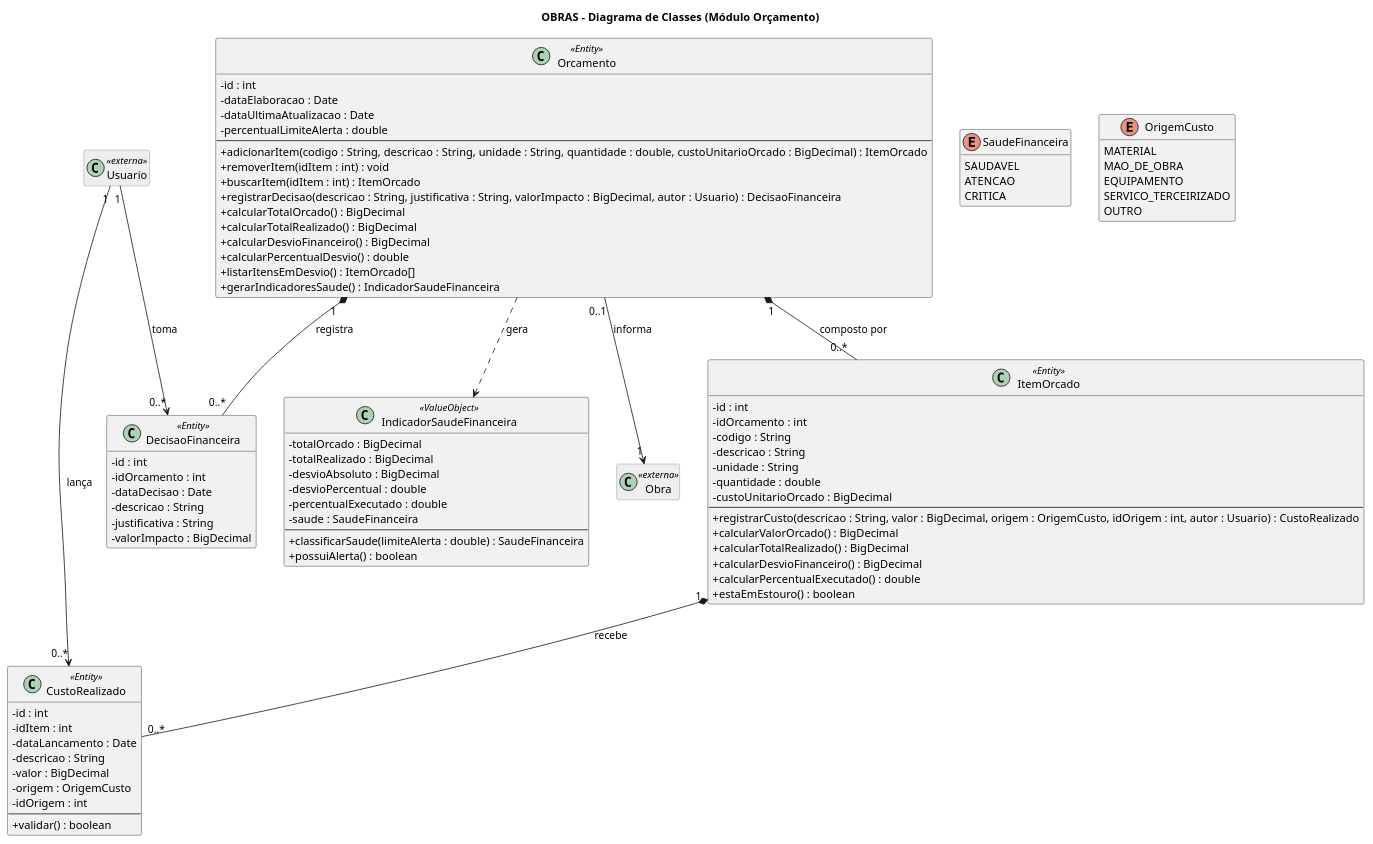
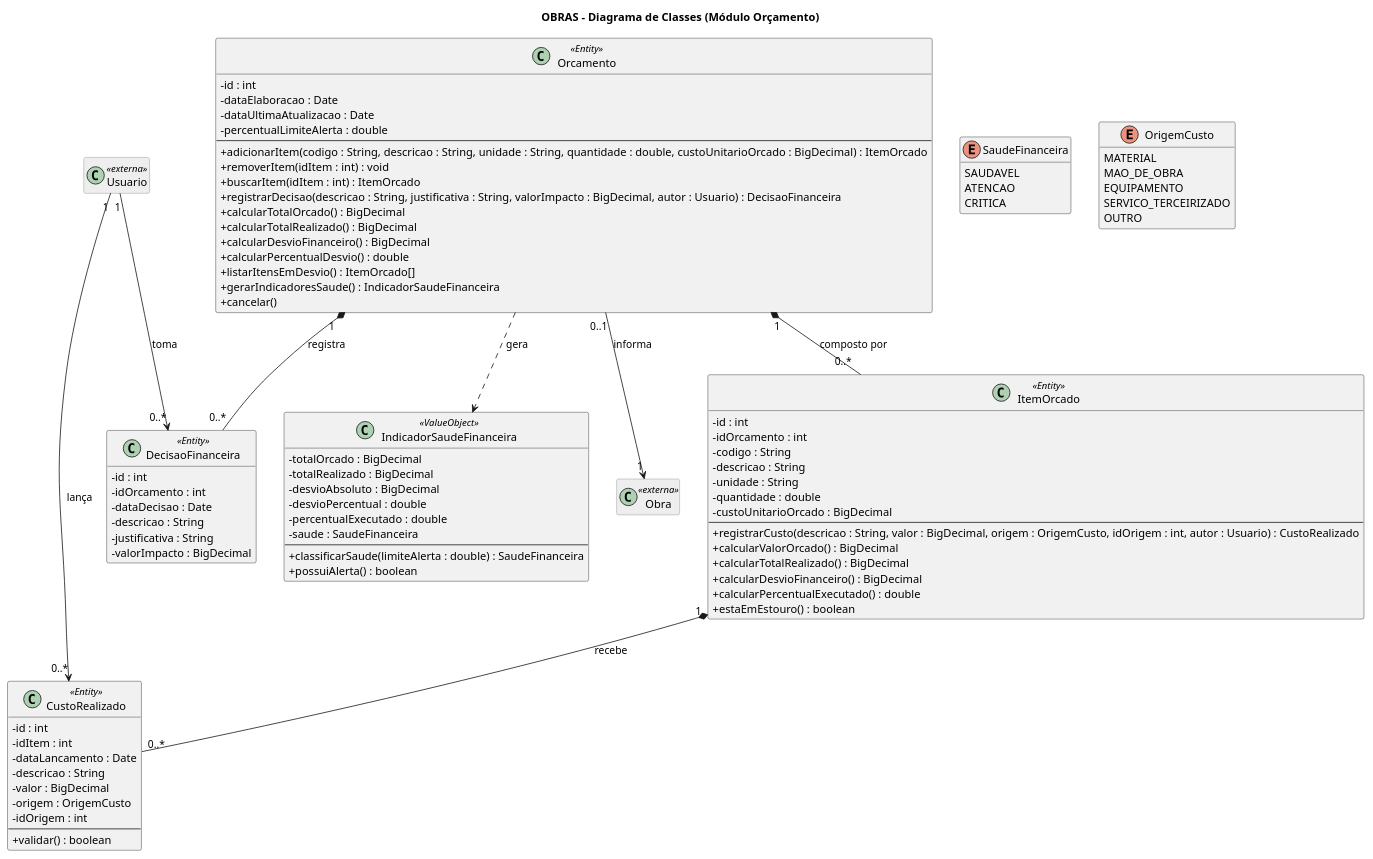
Before and after one commit to bernardoanobrega/oBRAS: the diagram in Diagramas de classe/Modulo_Orcamento/orcamentos.puml, drawn with PlantUML. The commit also changed 1 other file, not shown here.

Commit message:
feat: Diagrama de Estados - Orçamento

```diff
--- a/Diagramas de classe/Modulo_Orcamento/orcamentos.puml
+++ b/Diagramas de classe/Modulo_Orcamento/orcamentos.puml
@@ -1,107 +1,108 @@
 @startuml orcamento-class-diagram
 title OBRAS - Diagrama de Classes (Módulo Orçamento)
 
 skinparam classAttributeIconSize 0
 skinparam ClassFontSize 14
 skinparam classBackgroundColor<<externa>> #EEEEEE
 skinparam classBorderColor<<externa>> #888888
 hide empty members
 
 ' ===== CLASSES EXTERNAS =====
 class Obra <<externa>>
 class Usuario <<externa>>
 
 ' ===== NÚCLEO =====
 class Orcamento <<Entity>> {
   -id : int
   -dataElaboracao : Date
   -dataUltimaAtualizacao : Date
   -percentualLimiteAlerta : double
   --
   +adicionarItem(codigo : String, descricao : String, unidade : String, quantidade : double, custoUnitarioOrcado : BigDecimal) : ItemOrcado
   +removerItem(idItem : int) : void
   +buscarItem(idItem : int) : ItemOrcado
   +registrarDecisao(descricao : String, justificativa : String, valorImpacto : BigDecimal, autor : Usuario) : DecisaoFinanceira
   +calcularTotalOrcado() : BigDecimal
   +calcularTotalRealizado() : BigDecimal
   +calcularDesvioFinanceiro() : BigDecimal
   +calcularPercentualDesvio() : double
   +listarItensEmDesvio() : ItemOrcado[]
   +gerarIndicadoresSaude() : IndicadorSaudeFinanceira
+  +cancelar()
 }
 
 class ItemOrcado <<Entity>> {
   -id : int
   -idOrcamento : int
   -codigo : String
   -descricao : String
   -unidade : String
   -quantidade : double
   -custoUnitarioOrcado : BigDecimal
   --
   +registrarCusto(descricao : String, valor : BigDecimal, origem : OrigemCusto, idOrigem : int, autor : Usuario) : CustoRealizado
   +calcularValorOrcado() : BigDecimal
   +calcularTotalRealizado() : BigDecimal
   +calcularDesvioFinanceiro() : BigDecimal
   +calcularPercentualExecutado() : double
   +estaEmEstouro() : boolean
 }
 
 class CustoRealizado <<Entity>> {
   -id : int
   -idItem : int
   -dataLancamento : Date
   -descricao : String
   -valor : BigDecimal
   -origem : OrigemCusto
   -idOrigem : int
   --
   +validar() : boolean
 }
 
 class DecisaoFinanceira <<Entity>> {
   -id : int
   -idOrcamento : int
   -dataDecisao : Date
   -descricao : String
   -justificativa : String
   -valorImpacto : BigDecimal
 }
 
 class IndicadorSaudeFinanceira <<ValueObject>> {
   -totalOrcado : BigDecimal
   -totalRealizado : BigDecimal
   -desvioAbsoluto : BigDecimal
   -desvioPercentual : double
   -percentualExecutado : double
   -saude : SaudeFinanceira
   --
   +classificarSaude(limiteAlerta : double) : SaudeFinanceira
   +possuiAlerta() : boolean
 }
 
 ' ===== ENUMERAÇÕES =====
 enum SaudeFinanceira {
   SAUDAVEL
   ATENCAO
   CRITICA
 }
 
 enum OrigemCusto {
   MATERIAL
   MAO_DE_OBRA
   EQUIPAMENTO
   SERVICO_TERCEIRIZADO
   OUTRO
 }
 
 ' ===== RELAÇÕES =====
 Orcamento "0..1" --> "1" Obra : informa
 Orcamento "1" *-- "0..*" ItemOrcado : composto por
 ItemOrcado "1" *-- "0..*" CustoRealizado : recebe
 Orcamento "1" *-- "0..*" DecisaoFinanceira : registra
 Orcamento ..> IndicadorSaudeFinanceira : gera
 Usuario "1" --> "0..*" CustoRealizado : lança
 Usuario "1" --> "0..*" DecisaoFinanceira : toma
 
 @enduml
```
